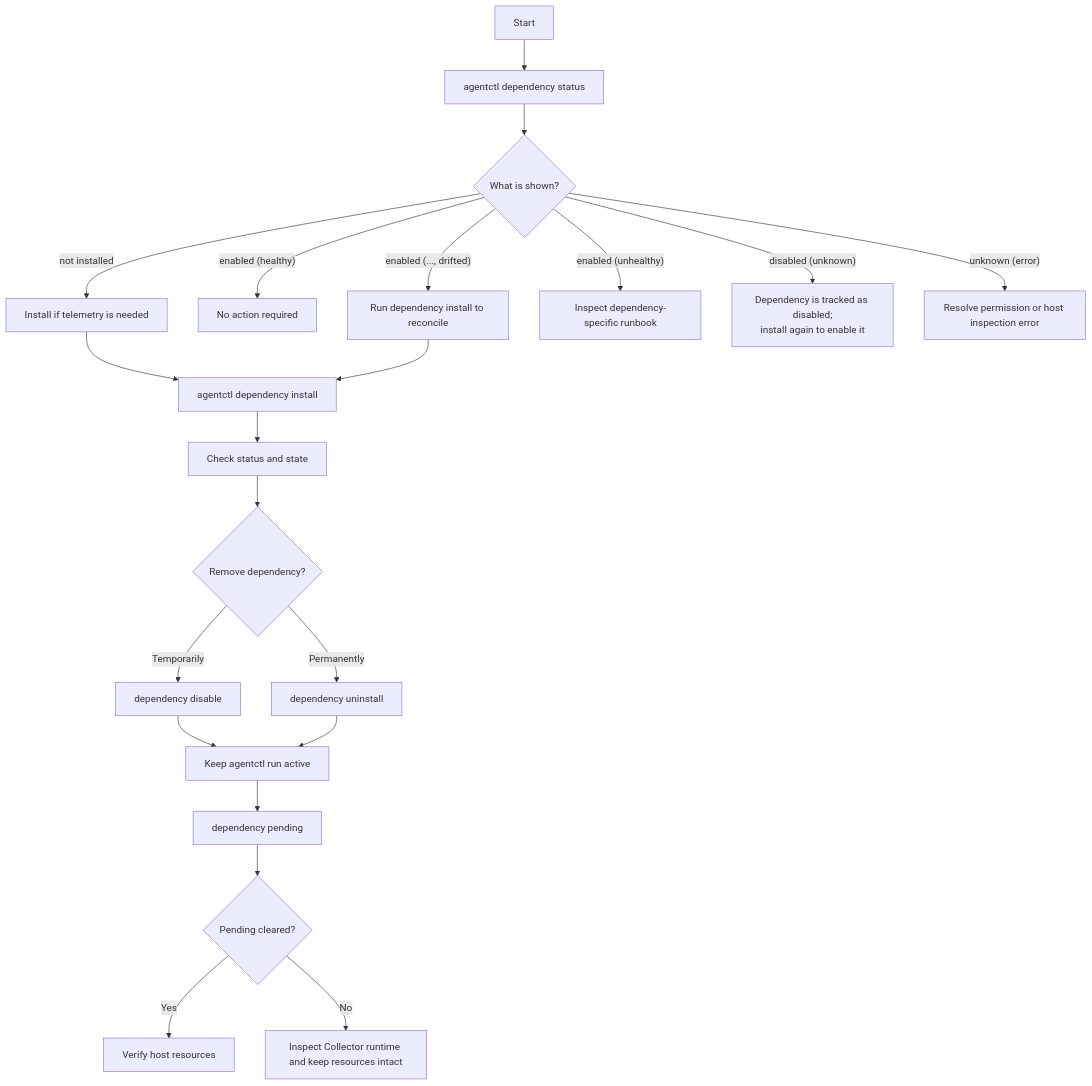
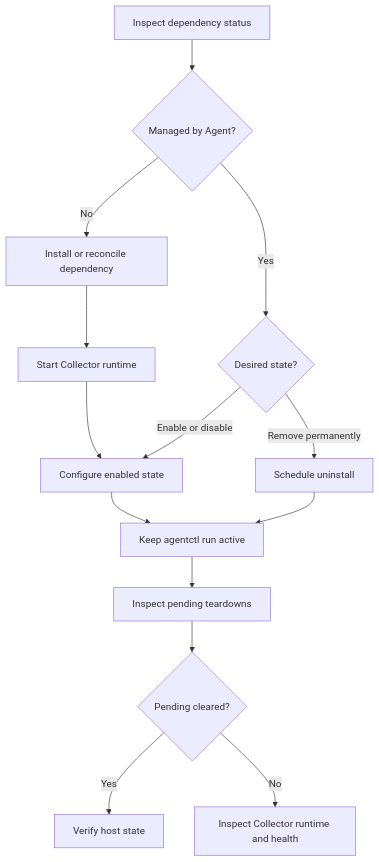
The diagram in docs/runbooks/managed-dependencies.md (AR-IMMS/telemetry-agent), drawn with Mermaid before and after one commit. The commit also changed other lines of this file and 4 other files, not shown here.

First line of the commit message:
feat(agentctl): complete managed dependency lifecycle

````diff
--- a/docs/runbooks/managed-dependencies.md
+++ b/docs/runbooks/managed-dependencies.md
@@ -12,29 +12,19 @@
 ```mermaid
 flowchart TD
-    A["Start"] --> B["agentctl dependency status"]
+    A["Inspect dependency status"] --> B{"Managed by Agent?"}
+    B -- "No" --> C["Install or reconcile dependency"]
+    B -- "Yes" --> D{"Desired state?"}
 
-    B --> C{"What is shown?"}
+    C --> E["Start Collector runtime"]
+    E --> F["Configure enabled state"]
 
-    C -- "not installed" --> D["Install if telemetry is needed"]
-    C -- "enabled (healthy)" --> E["No action required"]
-    C -- "enabled (..., drifted)" --> F["Run dependency install to reconcile"]
-    C -- "enabled (unhealthy)" --> G["Inspect dependency-specific runbook"]
-    C -- "disabled (unknown)" --> H["Dependency is tracked as disabled;<br/>install again to enable it"]
-    C -- "unknown (error)" --> I["Resolve permission or host inspection error"]
+    D -- "Enable or disable" --> F
+    D -- "Remove permanently" --> G["Schedule uninstall"]
 
-    D --> J["agentctl dependency install <name>"]
-    F --> J
-
-    J --> K["Check status and state"]
-    K --> L{"Remove dependency?"}
-
-    L -- "Temporarily" --> M["dependency disable <name>"]
-    L -- "Permanently" --> N["dependency uninstall <name>"]
-
-    M --> O["Keep agentctl run active"]
-    N --> O
-    O --> P["dependency pending"]
-    P --> Q{"Pending cleared?"}
-    Q -- "Yes" --> R["Verify host resources"]
-    Q -- "No" --> S["Inspect Collector runtime and keep resources intact"]
+    F --> H["Keep agentctl run active"]
+    G --> H
+    H --> I["Inspect pending teardowns"]
+    I --> J{"Pending cleared?"}
+    J -- "Yes" --> K["Verify host state"]
+    J -- "No" --> L["Inspect Collector runtime and health"]
 ```
````
